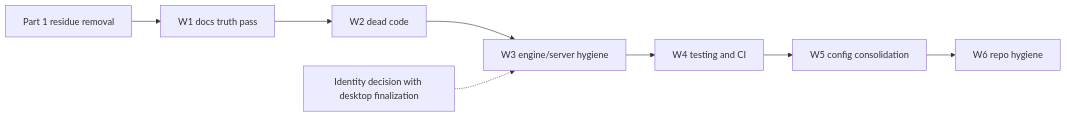
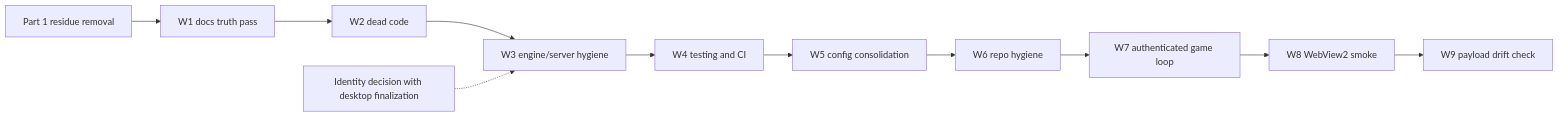
Before and after one commit to Blooshoo/Veldrath: the diagram in plans/blazor-decommission-and-cleanup.md, drawn with Mermaid. The commit also changed other lines of this file and 6 other files, not shown here.

First line of the commit message:
test(web): cover the authenticated game loop against a real server

````diff
--- a/plans/blazor-decommission-and-cleanup.md
+++ b/plans/blazor-decommission-and-cleanup.md
@@ -99,10 +134,13 @@
 ```mermaid
 graph LR
     A[Part 1 residue removal] --> B[W1 docs truth pass]
     B --> C[W2 dead code]
     C --> D[W3 engine/server hygiene]
     D --> E[W4 testing and CI]
     E --> F[W5 config consolidation]
     F --> G[W6 repo hygiene]
-    H[Identity decision with desktop finalization] -.-> D
+    G --> H[W7 authenticated game loop]
+    H --> I[W8 WebView2 smoke]
+    I --> J[W9 payload drift check]
+    K[Identity decision with desktop finalization] -.-> D
 ```
````
